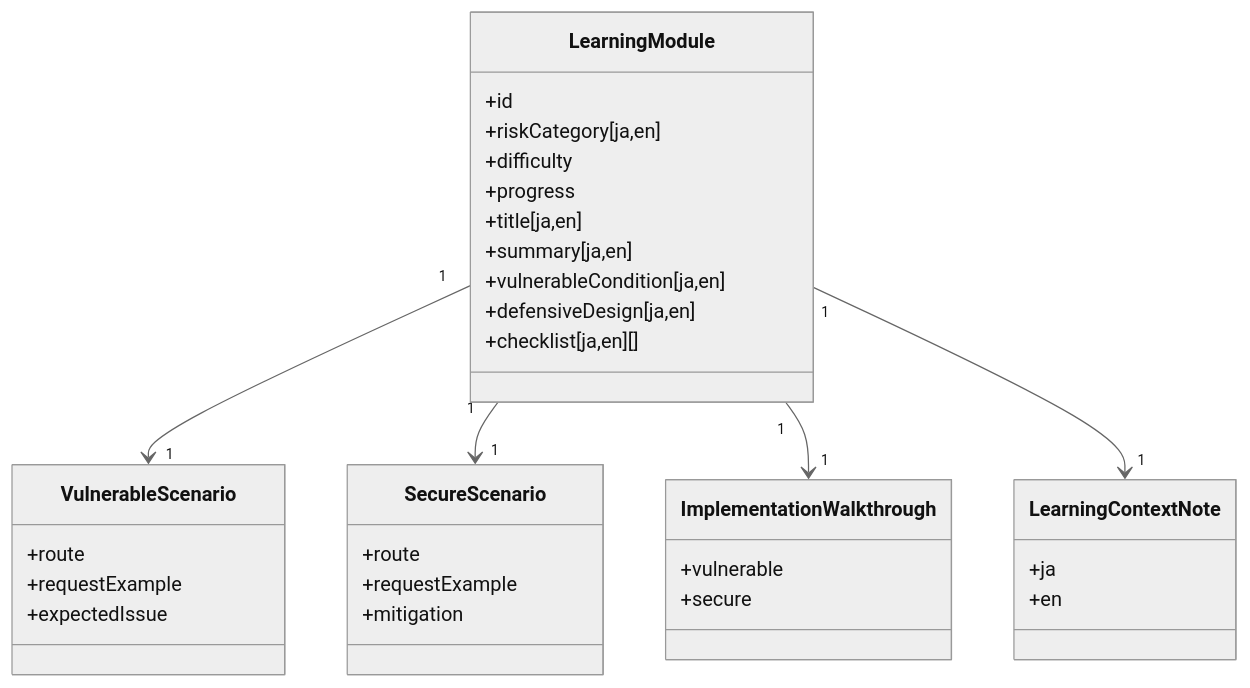
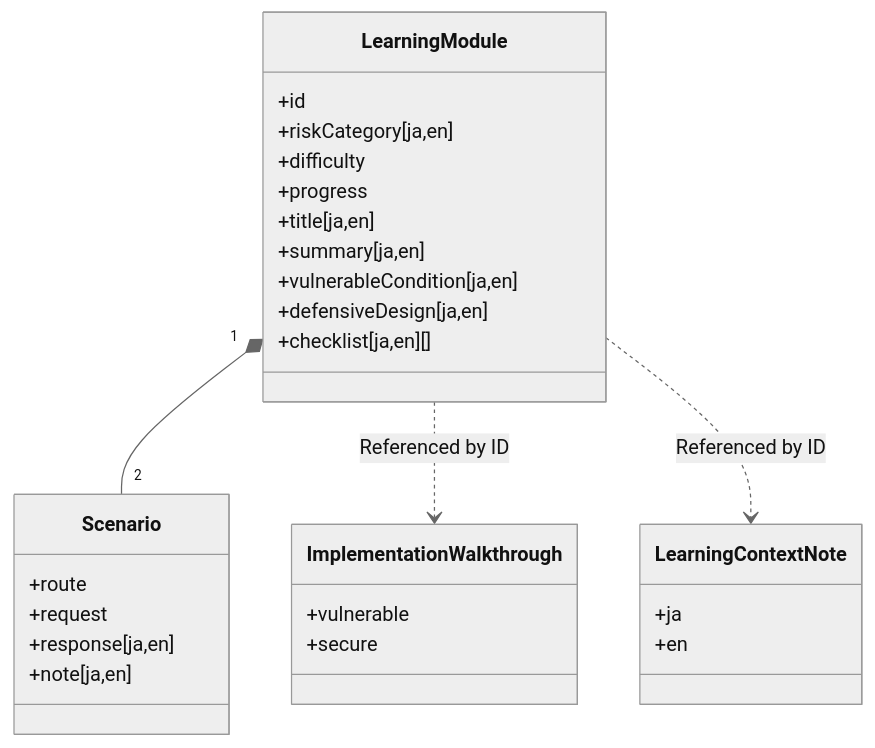
One commit to kiryu1211/api-security-lab-platform changed the second of 8 diagrams in docs/design.en.md. Above: the diagram before and after it, drawn with Mermaid (neutral theme). The commit also changed other lines of this file and 22 other files, not shown here.

````diff
--- a/docs/design.en.md
+++ b/docs/design.en.md
@@ -36,37 +38,32 @@
 ```mermaid
 classDiagram
     class LearningModule {
         +id
         +riskCategory[ja,en]
         +difficulty
         +progress
         +title[ja,en]
         +summary[ja,en]
         +vulnerableCondition[ja,en]
         +defensiveDesign[ja,en]
         +checklist[ja,en][]
     }
-    class VulnerableScenario {
+    class Scenario {
         +route
-        +requestExample
-        +expectedIssue
-    }
-    class SecureScenario {
-        +route
-        +requestExample
-        +mitigation
+        +request
+        +response[ja,en]
+        +note[ja,en]
     }
     class ImplementationWalkthrough {
         +vulnerable
         +secure
     }
     class LearningContextNote {
         +ja
         +en
     }
 
-    LearningModule "1" --> "1" VulnerableScenario
-    LearningModule "1" --> "1" SecureScenario
-    LearningModule "1" --> "1" ImplementationWalkthrough
-    LearningModule "1" --> "1" LearningContextNote
+    LearningModule "1" *-- "2" Scenario
+    LearningModule ..> ImplementationWalkthrough : Referenced by ID
+    LearningModule ..> LearningContextNote : Referenced by ID
 ```
````
